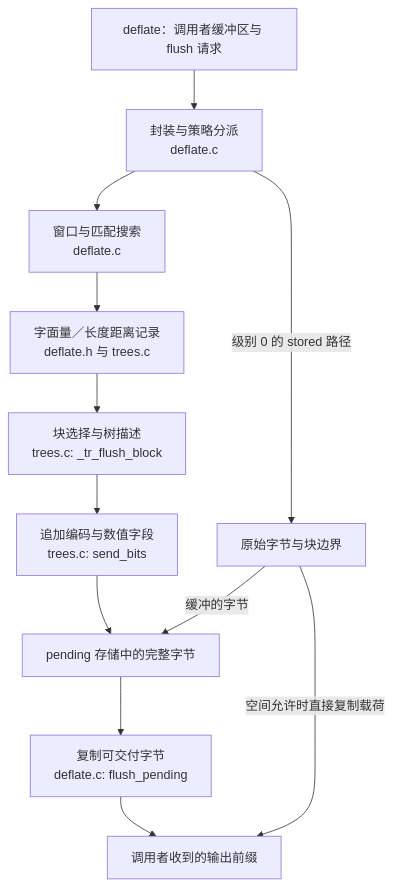
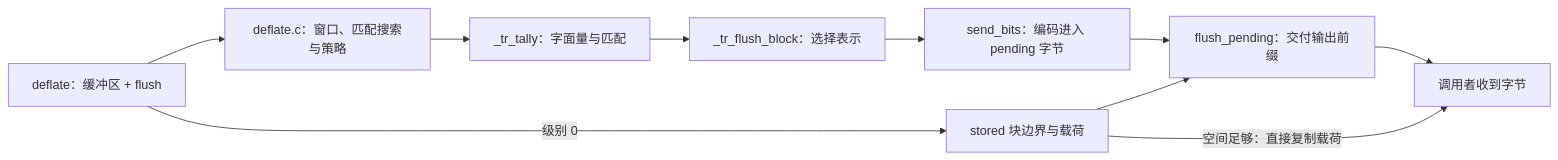
Before and after one commit to cla7aye15I4nd/zlib-f: the second of 2 diagrams in site/content/sample/interfaces.zh.md, drawn with Mermaid. The commit also changed other lines of this file and 15 other files, not shown here.

````diff
--- a/site/content/sample/interfaces.zh.md
+++ b/site/content/sample/interfaces.zh.md
@@ -50,14 +89,12 @@
 ```mermaid
-flowchart TD
-    API["deflate：调用者缓冲区与 flush 请求"] --> Dispatch["封装与策略分派<br/>deflate.c"]
-    Dispatch --> Match["窗口与匹配搜索<br/>deflate.c"]
-    Match --> Symbols["字面量／长度距离记录<br/>deflate.h 与 trees.c"]
-    Symbols --> Block["块选择与树描述<br/>trees.c: _tr_flush_block"]
-    Block --> Bits["追加编码与数值字段<br/>trees.c: send_bits"]
-    Bits --> Pending["pending 存储中的完整字节"]
-    Pending --> Delivery["复制可交付字节<br/>deflate.c: flush_pending"]
-    Delivery --> Caller["调用者收到的输出前缀"]
-    Dispatch -->|级别 0 的 stored 路径| Stored["原始字节与块边界"]
-    Stored -->|缓冲的字节| Pending
-    Stored -->|空间允许时直接复制载荷| Caller
+flowchart LR
+    API["deflate：缓冲区 + flush"] --> Match["deflate.c：窗口、匹配搜索与策略"]
+    Match --> Symbols["_tr_tally：字面量与匹配"]
+    Symbols --> Block["_tr_flush_block：选择表示"]
+    Block --> Bits["send_bits：编码进入 pending 字节"]
+    Bits --> Deliver["flush_pending：交付输出前缀"]
+    Deliver --> Caller["调用者收到字节"]
+    API -->|"级别 0"| Stored["stored 块边界与载荷"]
+    Stored --> Deliver
+    Stored -->|"空间足够：直接复制载荷"| Caller
 ```
````
